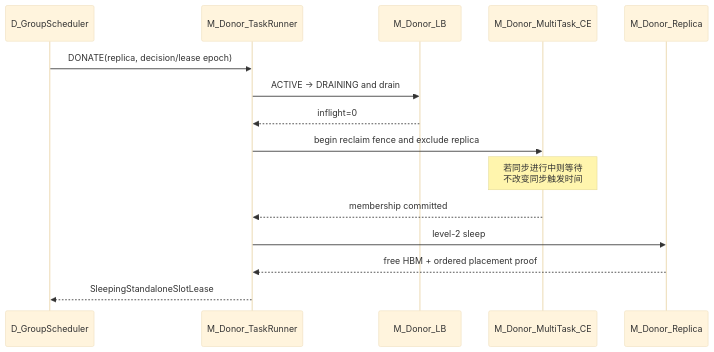
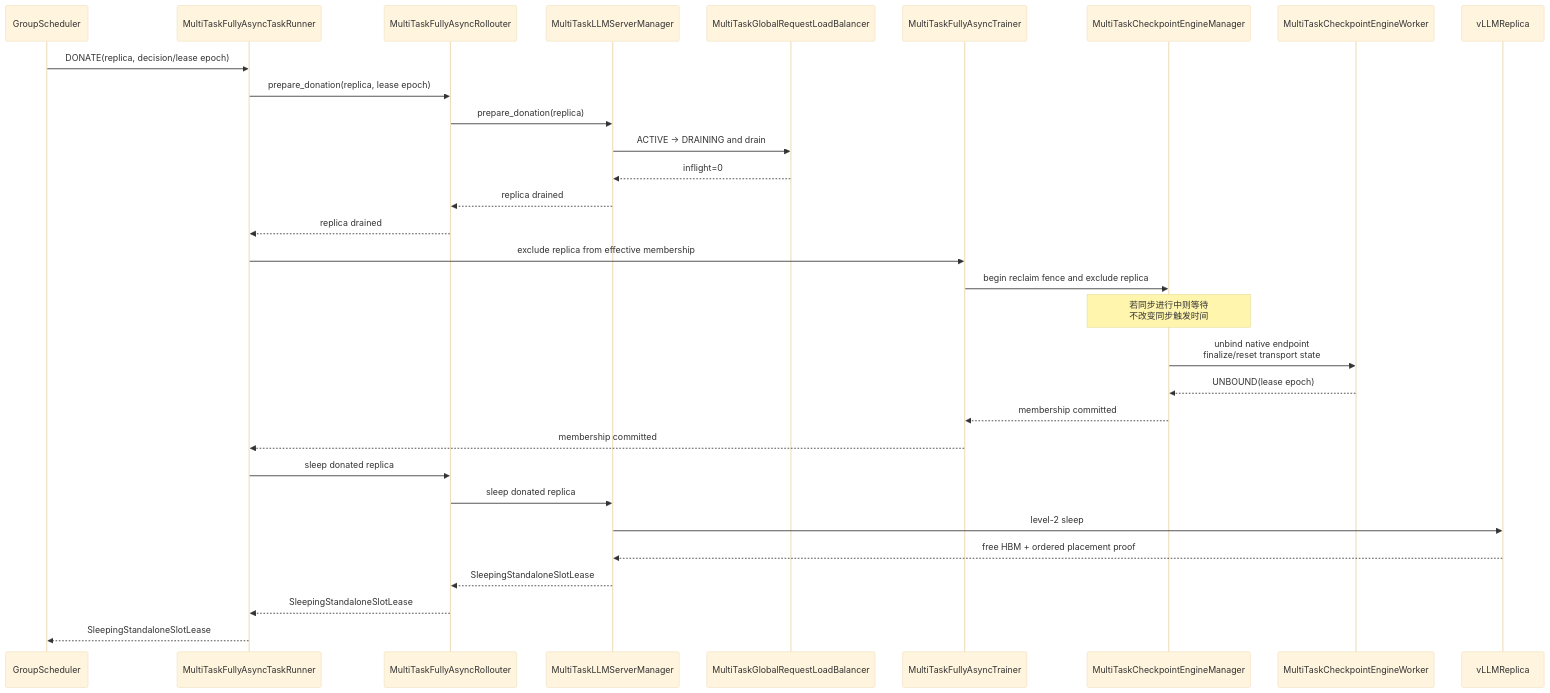
Before and after one commit to niuypei/multi_task_verl: the ninth of 13 diagrams in multi_task_scheduler/STANDALONE.md, drawn with Mermaid (base theme). The commit also changed other lines of this file and 4 other files, not shown here.

Commit message:
docs: refine standalone multi-task resource sharing RFC

````diff
--- a/multi_task_scheduler/STANDALONE.md
+++ b/multi_task_scheduler/STANDALONE.md
@@ -887,18 +1803,34 @@
 ```mermaid
 sequenceDiagram
-    participant GS as D_GroupScheduler
-    participant DTR as M_Donor_TaskRunner
-    participant DLB as M_Donor_LB
-    participant DCE as M_Donor_MultiTask_CE
-    participant DR as M_Donor_Replica
+    participant GS as GroupScheduler
+    participant DTR as MultiTaskFullyAsyncTaskRunner
+    participant R as MultiTaskFullyAsyncRollouter
+    participant M as MultiTaskLLMServerManager
+    participant DLB as MultiTaskGlobalRequestLoadBalancer
+    participant T as MultiTaskFullyAsyncTrainer
+    participant DCE as MultiTaskCheckpointEngineManager
+    participant CW as MultiTaskCheckpointEngineWorker
+    participant DR as vLLMReplica
 
     GS->>DTR: DONATE(replica, decision/lease epoch)
-    DTR->>DLB: ACTIVE -> DRAINING and drain
-    DLB-->>DTR: inflight=0
-    DTR->>DCE: begin reclaim fence and exclude replica
+    DTR->>R: prepare_donation(replica, lease epoch)
+    R->>M: prepare_donation(replica)
+    M->>DLB: ACTIVE -> DRAINING and drain
+    DLB-->>M: inflight=0
+    M-->>R: replica drained
+    R-->>DTR: replica drained
+    DTR->>T: exclude replica from effective membership
+    T->>DCE: begin reclaim fence and exclude replica
     Note over DCE: 若同步进行中则等待<br/>不改变同步触发时间
-    DCE-->>DTR: membership committed
-    DTR->>DR: level-2 sleep
-    DR-->>DTR: free HBM + ordered placement proof
+    DCE->>CW: unbind native endpoint<br/>finalize/reset transport state
+    CW-->>DCE: UNBOUND(lease epoch)
+    DCE-->>T: membership committed
+    T-->>DTR: membership committed
+    DTR->>R: sleep donated replica
+    R->>M: sleep donated replica
+    M->>DR: level-2 sleep
+    DR-->>M: free HBM + ordered placement proof
+    M-->>R: SleepingStandaloneSlotLease
+    R-->>DTR: SleepingStandaloneSlotLease
     DTR-->>GS: SleepingStandaloneSlotLease
 ```
````
